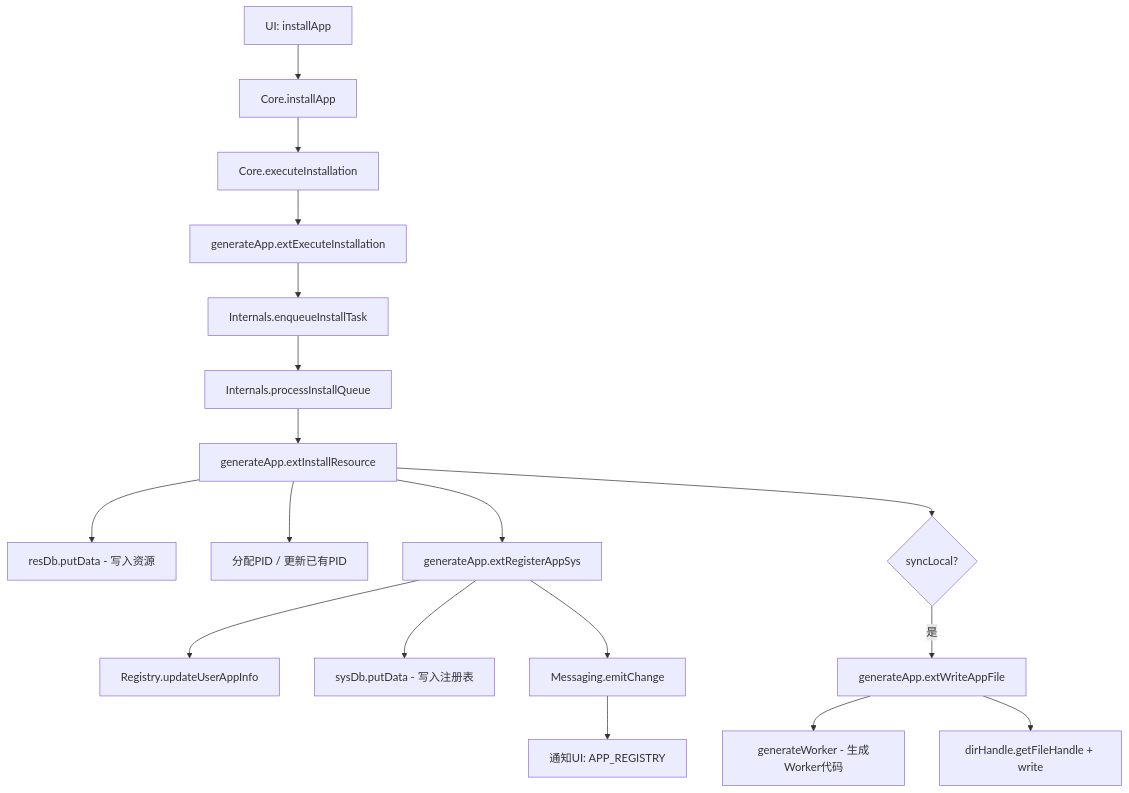
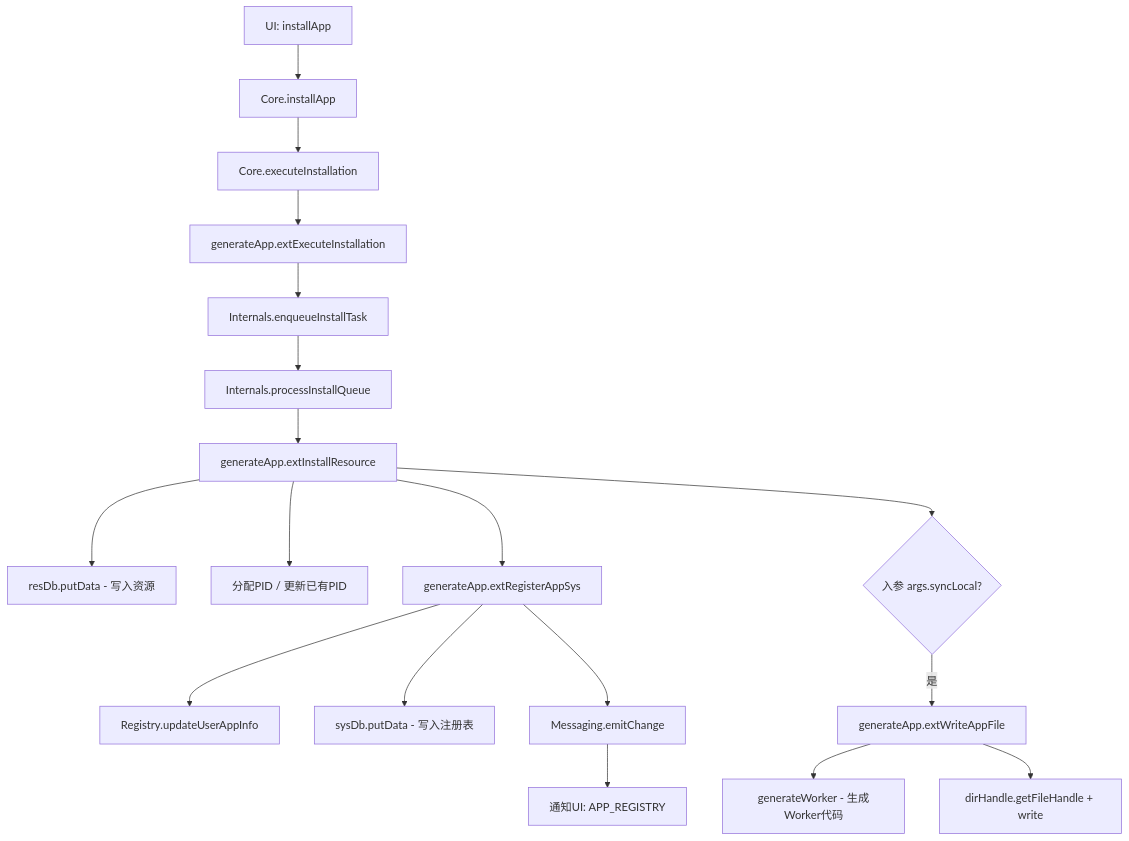
The tenth of 14 diagrams in docs/module/04-process-kernel.md (suluwanqing/sukinOS), drawn with Mermaid before and after one commit. The commit also changed other lines of this file and 70 other files, not shown here.

````diff
--- a/docs/module/04-process-kernel.md
+++ b/docs/module/04-process-kernel.md
@@ -907,20 +1049,20 @@
 ```mermaid
 graph TD
     A[UI: installApp] --> B[Core.installApp]
     B --> C[Core.executeInstallation]
     C --> D[generateApp.extExecuteInstallation]
     D --> E[Internals.enqueueInstallTask]
     E --> F[Internals.processInstallQueue]
     F --> G[generateApp.extInstallResource]
     G --> H[resDb.putData - 写入资源]
     G --> I[分配PID / 更新已有PID]
     G --> J[generateApp.extRegisterAppSys]
     J --> K[Registry.updateUserAppInfo]
     J --> L[sysDb.putData - 写入注册表]
-    G --> M{syncLocal?}
+    G --> M{入参 args.syncLocal?}
     M -->|是| N[generateApp.extWriteAppFile]
     N --> O[generateWorker - 生成Worker代码]
     N --> P[dirHandle.getFileHandle + write]
     J --> Q[Messaging.emitChange]
     Q --> R[通知UI: APP_REGISTRY]
 ```
````
